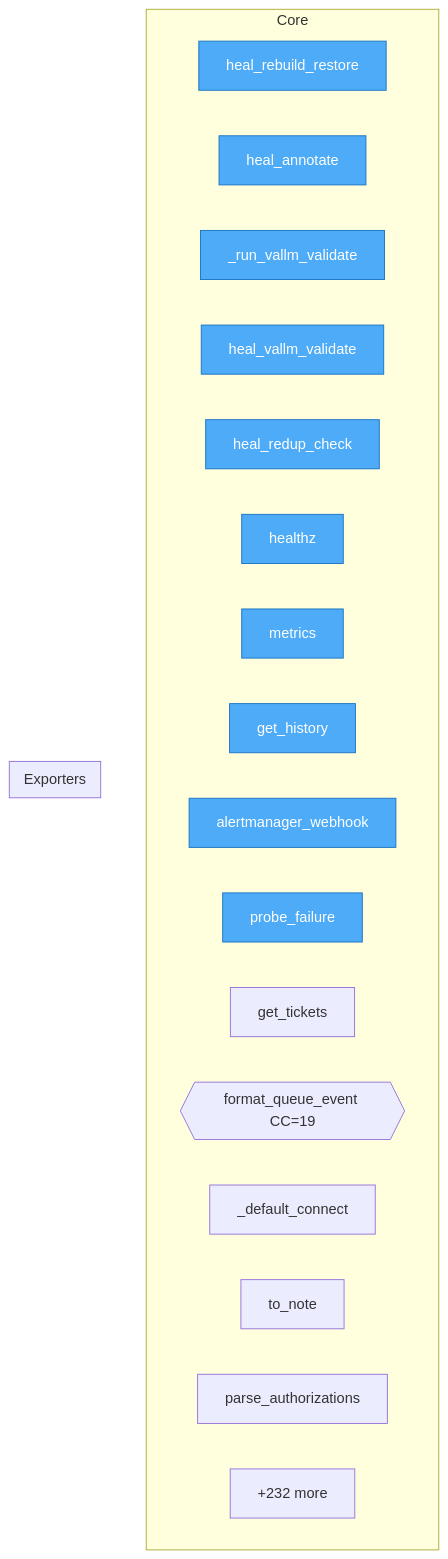
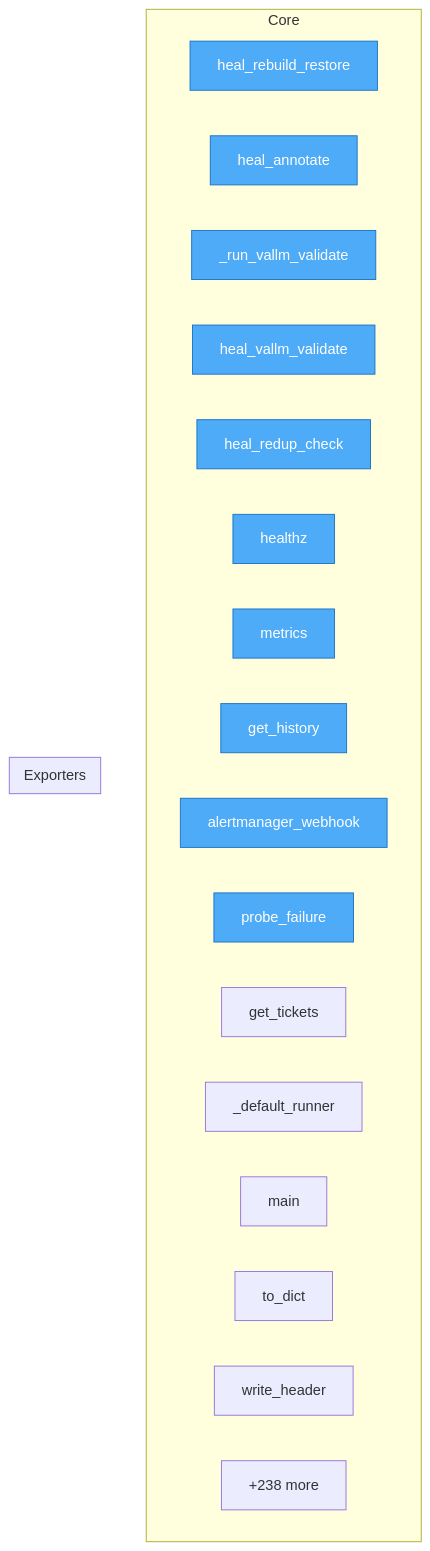
The diagram in project/flow.mmd (semcod/koru), drawn with Mermaid before and after one commit. The commit also changed 33 other files, not shown here.

```diff
--- a/project/flow.mmd
+++ b/project/flow.mmd
@@ -1,29 +1,29 @@
 flowchart TD
-%% generated in 0.01s
+%% generated in 0.02s
 
     %% Entry points (blue)
     classDef entry fill:#4dabf7,stroke:#1971c2,color:#fff
 
     subgraph Core
         services__healing_webhook__app__heal_rebuild_restore["heal_rebuild_restore"]
         services__healing_webhook__app__heal_annotate["heal_annotate"]
         services__healing_webhook__app___run_vallm_validate["_run_vallm_validate"]
         services__healing_webhook__app__heal_vallm_validate["heal_vallm_validate"]
         services__healing_webhook__app__heal_redup_check["heal_redup_check"]
         services__healing_webhook__app__healthz["healthz"]
         services__healing_webhook__app__metrics["metrics"]
         services__healing_webhook__app__get_history["get_history"]
         services__healing_webhook__app__alertmanager_webhook["alertmanager_webhook"]
         services__healing_webhook__app__probe_failure["probe_failure"]
         services__healing_webhook__app__get_tickets["get_tickets"]
-        src__koru__watch__format_queue_event{{format_queue_event CC=19}}
-        src__koru__watch___default_connect["_default_connect"]
-        src__koru__gate__GateAuthorization__to_note["to_note"]
-        src__koru__gate__parse_authorizations["parse_authorizations"]
-        ...["+232 more"]
+        src__koru__loop___default_runner["_default_runner"]
+        src__koru__events__main["main"]
+        src__koru__semcod_tools__SemcodTool__to_dict["to_dict"]
+        src__koru__run_log__RunLogWriter__write_header["write_header"]
+        ...["+238 more"]
     end
 
     subgraph Exporters
     end
 
     class services__healing_webhook__app__heal_rebuild_restore,services__healing_webhook__app__heal_annotate,services__healing_webhook__app___run_vallm_validate,services__healing_webhook__app__heal_vallm_validate,services__healing_webhook__app__heal_redup_check,services__healing_webhook__app__healthz,services__healing_webhook__app__metrics,services__healing_webhook__app__get_history,services__healing_webhook__app__alertmanager_webhook,services__healing_webhook__app__probe_failure entry
```
